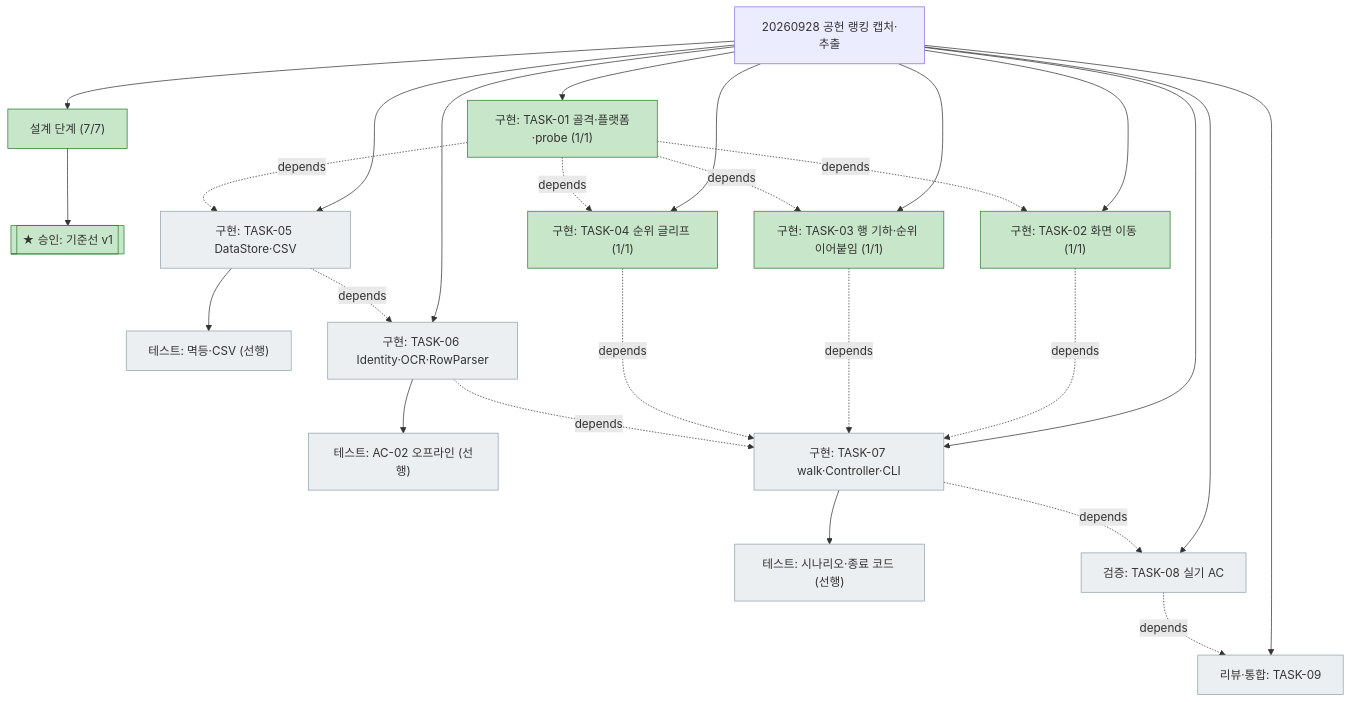
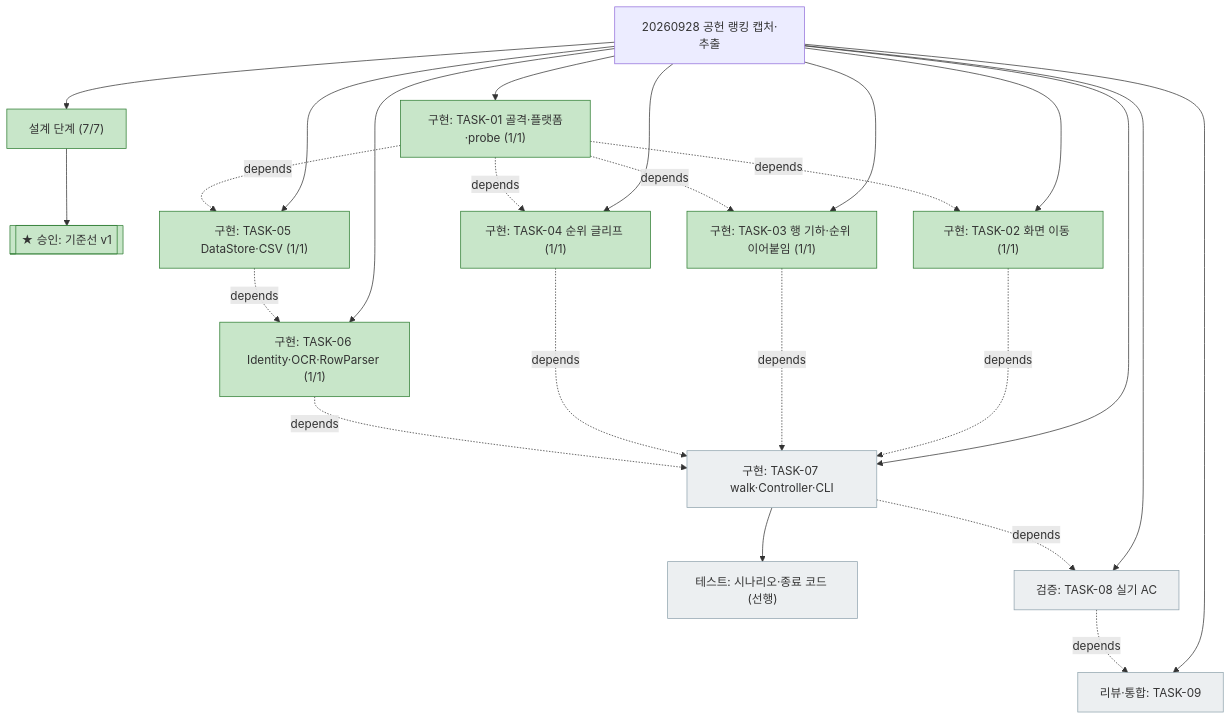
One commit to bluesky5008/sgz_rankscan changed the diagram in docs/plan.md. Above: the diagram before and after it, drawn with Mermaid. The commit also changed other lines of this file and 13 other files, not shown here.

````diff
--- a/docs/plan.md
+++ b/docs/plan.md
@@ -63,32 +61,30 @@
 ```mermaid
 flowchart TD
     ROOT["20260928 공헌 랭킹 캡처·추출"] --> DES["설계 단계 (7/7)"]:::done
     DES --> APR[["★ 승인: 기준선 v1"]]:::done
     ROOT --> T1["구현: TASK-01 골격·플랫폼·probe (1/1)"]:::done
     ROOT --> T2["구현: TASK-02 화면 이동 (1/1)"]:::done
     ROOT --> T3["구현: TASK-03 행 기하·순위 이어붙임 (1/1)"]:::done
     ROOT --> T4["구현: TASK-04 순위 글리프 (1/1)"]:::done
-    ROOT --> T5["구현: TASK-05 DataStore·CSV"]:::todo
-    T5 --> T5T["테스트: 멱등·CSV (선행)"]:::todo
-    ROOT --> T6["구현: TASK-06 Identity·OCR·RowParser"]:::todo
-    T6 --> T6T["테스트: AC-02 오프라인 (선행)"]:::todo
+    ROOT --> T5["구현: TASK-05 DataStore·CSV (1/1)"]:::done
+    ROOT --> T6["구현: TASK-06 Identity·OCR·RowParser (1/1)"]:::done
     ROOT --> T7["구현: TASK-07 walk·Controller·CLI"]:::todo
     T7 --> T7T["테스트: 시나리오·종료 코드 (선행)"]:::todo
     ROOT --> T8["검증: TASK-08 실기 AC"]:::todo
     ROOT --> T9["리뷰·통합: TASK-09"]:::todo
     T1 -. depends .-> T2
     T1 -. depends .-> T3
     T1 -. depends .-> T4
     T1 -. depends .-> T5
     T5 -. depends .-> T6
     T2 -. depends .-> T7
     T3 -. depends .-> T7
     T4 -. depends .-> T7
     T6 -. depends .-> T7
     T7 -. depends .-> T8
     T8 -. depends .-> T9
     classDef done fill:#c8e6c9,stroke:#2e7d32
     classDef active fill:#fff9c4,stroke:#f9a825
     classDef todo fill:#eceff1,stroke:#90a4ae
     classDef gate fill:#ffcdd2,stroke:#c62828
 ```
````
